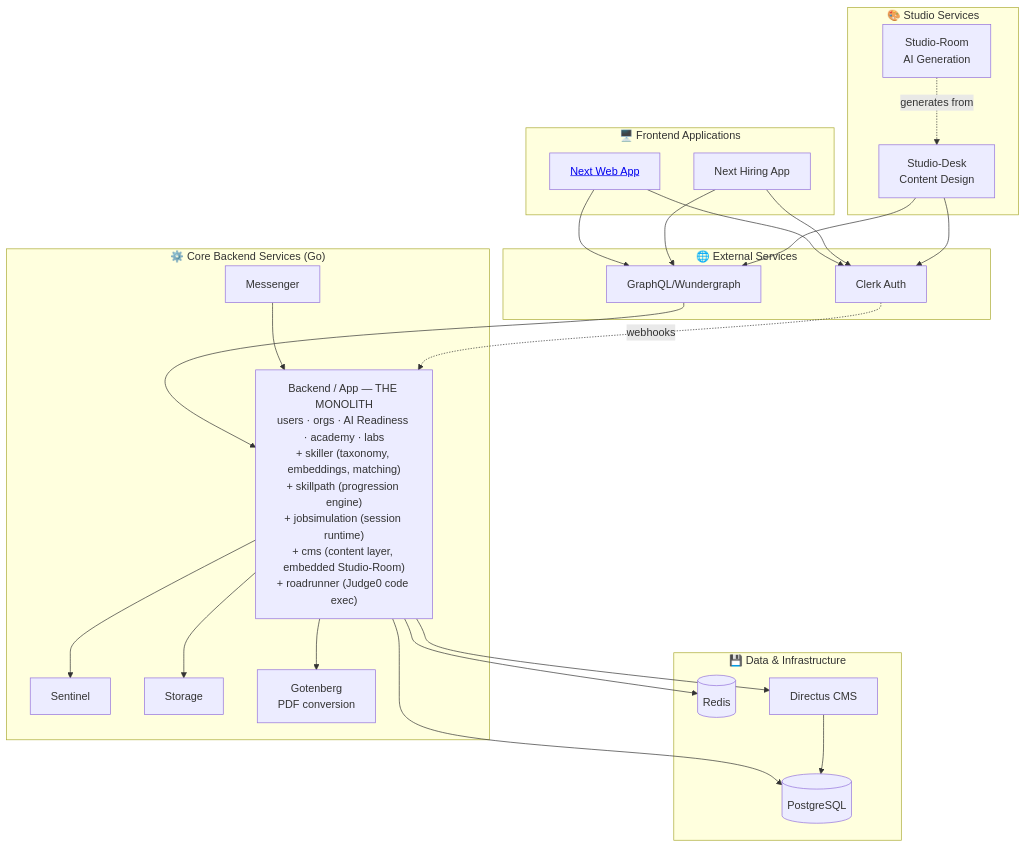
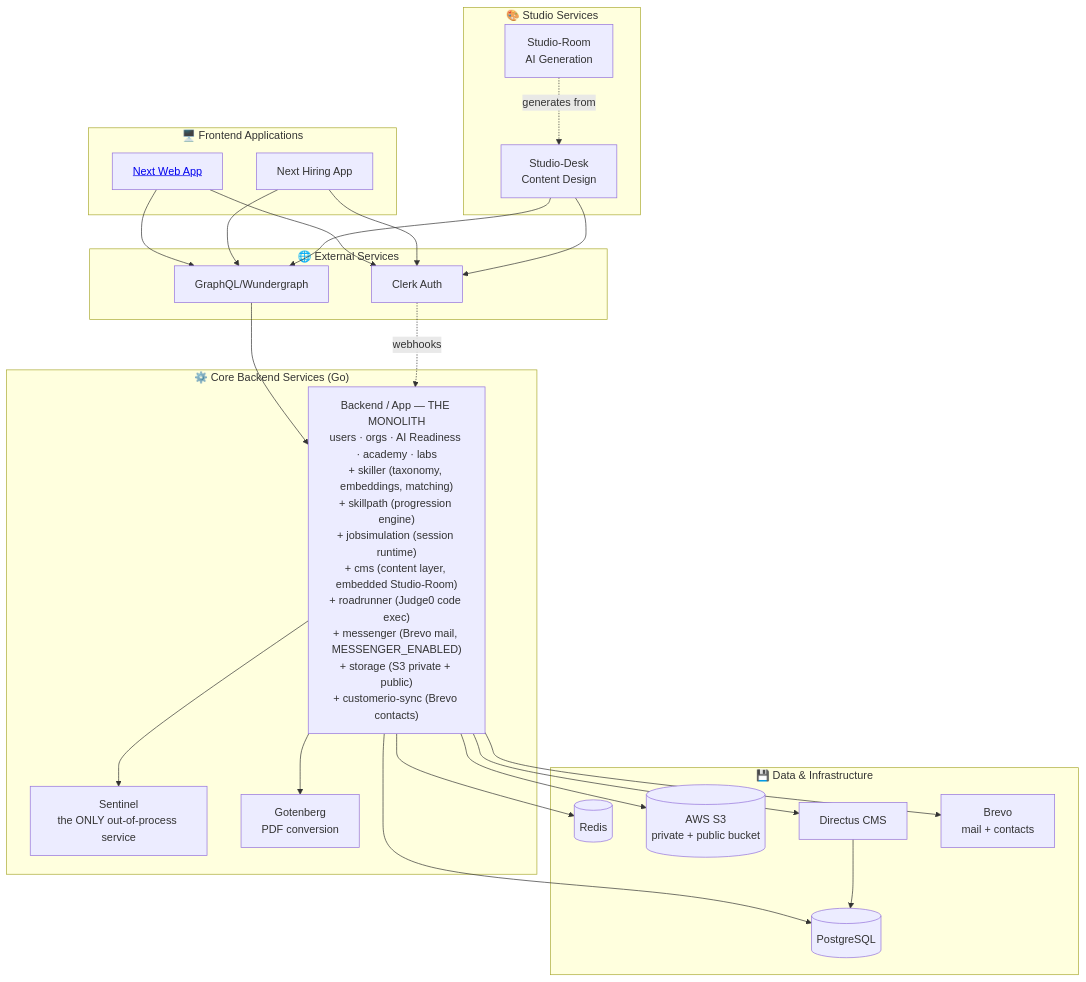
The diagram in corpus/architecture/architecture_overview.md (anthropos-work/rosetta), drawn with Mermaid before and after one commit. The commit also changed other lines of this file and 26 other files, not shown here.

````diff
--- a/corpus/architecture/architecture_overview.md
+++ b/corpus/architecture/architecture_overview.md
@@ -66,60 +68,60 @@
 ```mermaid
 graph TD
     subgraph External["🌐 External Services"]
         Clerk[Clerk Auth]
         GraphQL[GraphQL/Wundergraph]
     end
     
     subgraph Frontend["🖥️ Frontend Applications"]
         Web[<a href='./frontend_architecture.md'>Next Web App</a>]
         Hiring[Next Hiring App]
     end
     
     subgraph Studio["🎨 Studio Services"]
         Desk[Studio-Desk<br/>Content Design]
         Room[Studio-Room<br/>AI Generation]
     end
 
     subgraph Core["⚙️ Core Backend Services (Go)"]
-        Gateway["Backend / App — THE MONOLITH<br/>users · orgs · AI Readiness · academy · labs<br/>+ skiller (taxonomy, embeddings, matching)<br/>+ skillpath (progression engine)<br/>+ jobsimulation (session runtime)<br/>+ cms (content layer, embedded Studio-Room)<br/>+ roadrunner (Judge0 code exec)"]
-        Sentinel[Sentinel]
-        Storage[Storage]
-        Messenger[Messenger]
+        Gateway["Backend / App — THE MONOLITH<br/>users · orgs · AI Readiness · academy · labs<br/>+ skiller (taxonomy, embeddings, matching)<br/>+ skillpath (progression engine)<br/>+ jobsimulation (session runtime)<br/>+ cms (content layer, embedded Studio-Room)<br/>+ roadrunner (Judge0 code exec)<br/>+ messenger (Brevo mail, MESSENGER_ENABLED)<br/>+ storage (S3 private + public)<br/>+ customerio-sync (Brevo contacts)"]
+        Sentinel["Sentinel<br/>the ONLY out-of-process service"]
         Gotenberg[Gotenberg<br/>PDF conversion]
     end
 
     subgraph Data["💾 Data & Infrastructure"]
         Postgres[(PostgreSQL)]
         Redis[(Redis)]
+        S3[(AWS S3<br/>private + public bucket)]
         Directus[Directus CMS]
+        Brevo[Brevo<br/>mail + contacts]
     end
     
     %% Frontend connections
     Web --> Clerk
     Hiring --> Clerk
     Web --> GraphQL
     Hiring --> GraphQL
     
     %% Studio connections
     Desk --> Clerk
     Desk --> GraphQL
     Room -.->|generates from| Desk
     
     %% GraphQL aggregation (ONE subgraph: backend)
     GraphQL --> Gateway
 
-    %% Core service dependencies
+    %% Core service dependencies — one inter-process edge left
     Gateway --> Sentinel
     Gateway --> Gotenberg
-    Gateway --> Storage
     Gateway --> Directus
-    Messenger --> Gateway
 
     %% Data connections
     Gateway --> Postgres
     Gateway --> Redis
+    Gateway --> S3
+    Gateway --> Brevo
     Directus --> Postgres
     
     %% Clerk integration
     Clerk -.->|webhooks| Gateway
 ```
````
